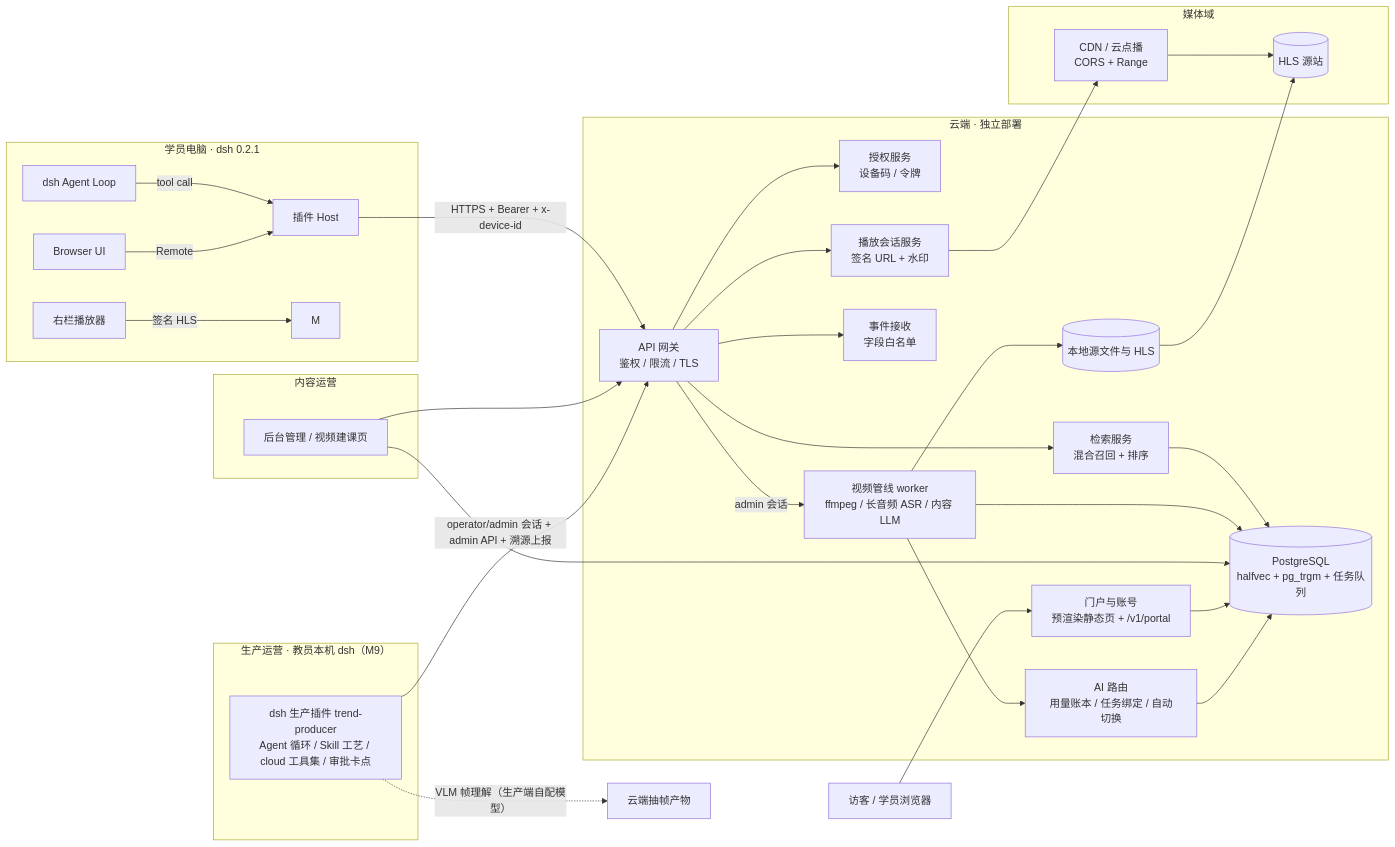
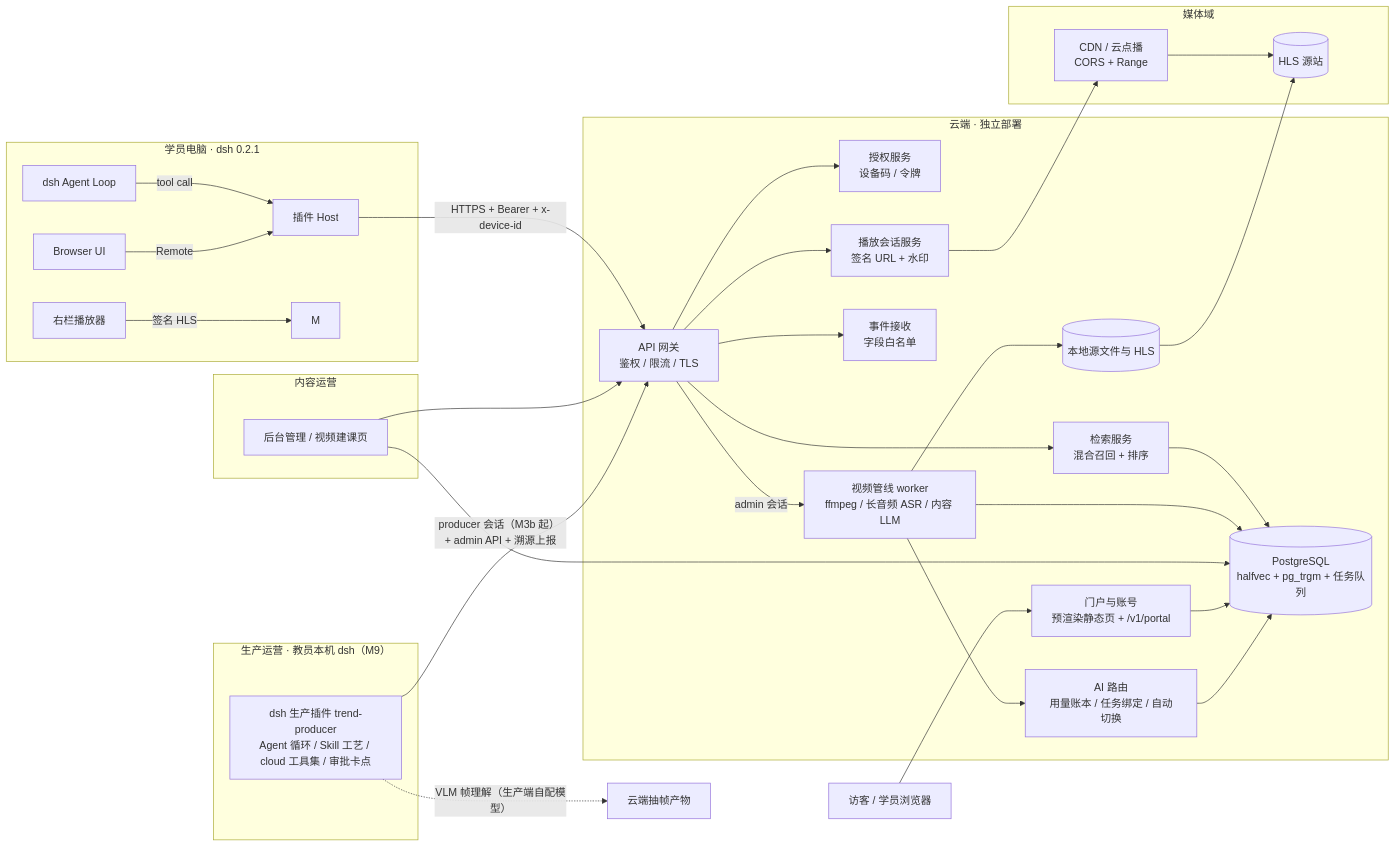
Before and after one commit to domonic18/trend-studio: the first of 4 diagrams in apps/cloud/docs/architecture/architecture-design.md, drawn with Mermaid. The commit also changed other lines of this file and 10 other files, not shown here.

````diff
--- a/apps/cloud/docs/architecture/architecture-design.md
+++ b/apps/cloud/docs/architecture/architecture-design.md
@@ -48,55 +49,55 @@
 ```mermaid
 flowchart LR
   subgraph Local["学员电脑 · dsh 0.2.1"]
     A[dsh Agent Loop] -->|tool call| H[插件 Host]
     U[Browser UI] -->|Remote| H
     P[右栏播放器] -->|签名 HLS| M
   end
 
   subgraph Cloud["云端 · 独立部署"]
     API[API 网关<br/>鉴权 / 限流 / TLS]
     AUTH[授权服务<br/>设备码 / 令牌]
     KB[检索服务<br/>混合召回 + 排序]
     PB[播放会话服务<br/>签名 URL + 水印]
     DB[(PostgreSQL<br/>halfvec + pg_trgm + 任务队列)]
     EV[事件接收<br/>字段白名单]
     PIPE[视频管线 worker<br/>ffmpeg / 长音频 ASR / 内容 LLM]
     STORE[(本地源文件与 HLS)]
     PORTAL[门户与账号<br/>预渲染静态页 + /v1/portal]
     AIOPS[AI 路由<br/>用量账本 / 任务绑定 / 自动切换]
   end
 
   subgraph Media["媒体域"]
     CDN[CDN / 云点播<br/>CORS + Range]
     OBJ[(HLS 源站)]
   end
 
   subgraph Ops["内容运营"]
     ADM[后台管理 / 视频建课页]
   end
 
   subgraph Producer["生产运营 · 教员本机 dsh（M9）"]
     PROD[dsh 生产插件 trend-producer<br/>Agent 循环 / Skill 工艺 / cloud 工具集 / 审批卡点]
   end
 
   H -->|HTTPS + Bearer + x-device-id| API
   API --> AUTH
   API --> KB
   API --> PB
   API --> EV
   API -->|admin 会话| PIPE
   KB --> DB
   PB --> CDN
   CDN --> OBJ
   PIPE --> DB
   PIPE --> STORE
   STORE --> OBJ
   ADM --> API
   ADM --> DB
   VIS[访客 / 学员浏览器] --> PORTAL
   PORTAL --> DB
   PIPE --> AIOPS
   AIOPS --> DB
-  PROD -->|operator/admin 会话 + admin API + 溯源上报| API
+  PROD -->|producer 会话（M3b 起） + admin API + 溯源上报| API
   PROD -.->|VLM 帧理解（生产端自配模型）| FRAMES[云端抽帧产物]
 ```
````
